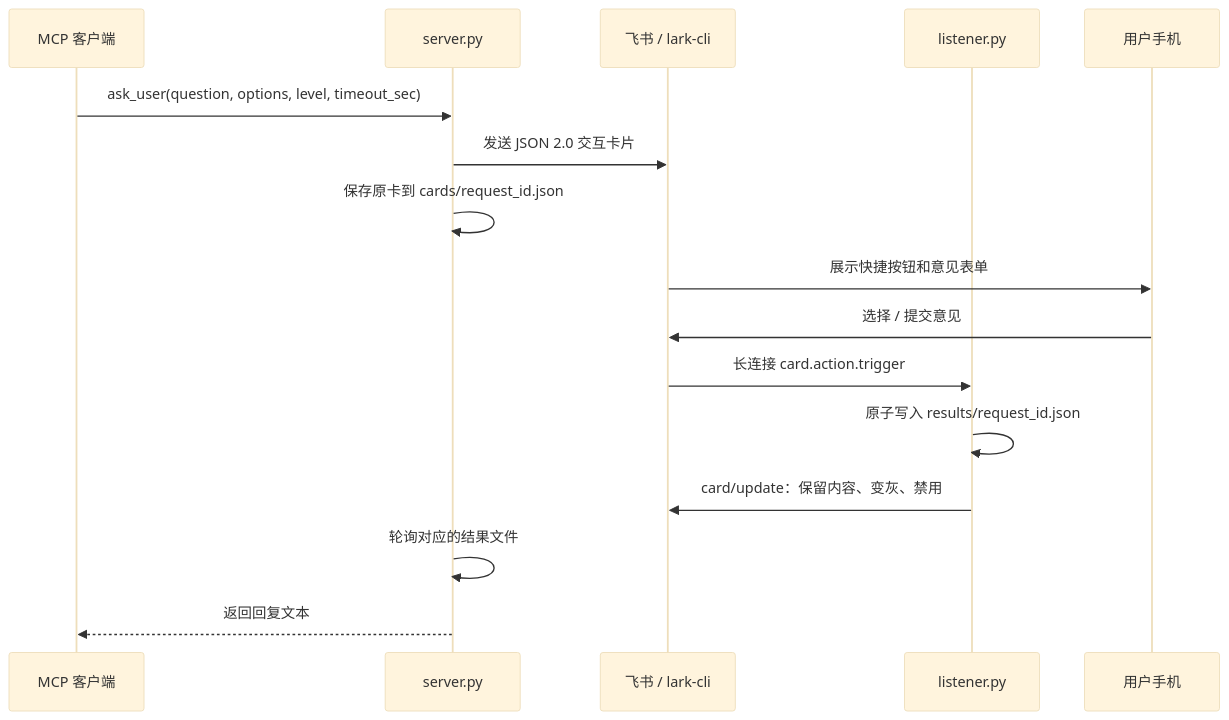
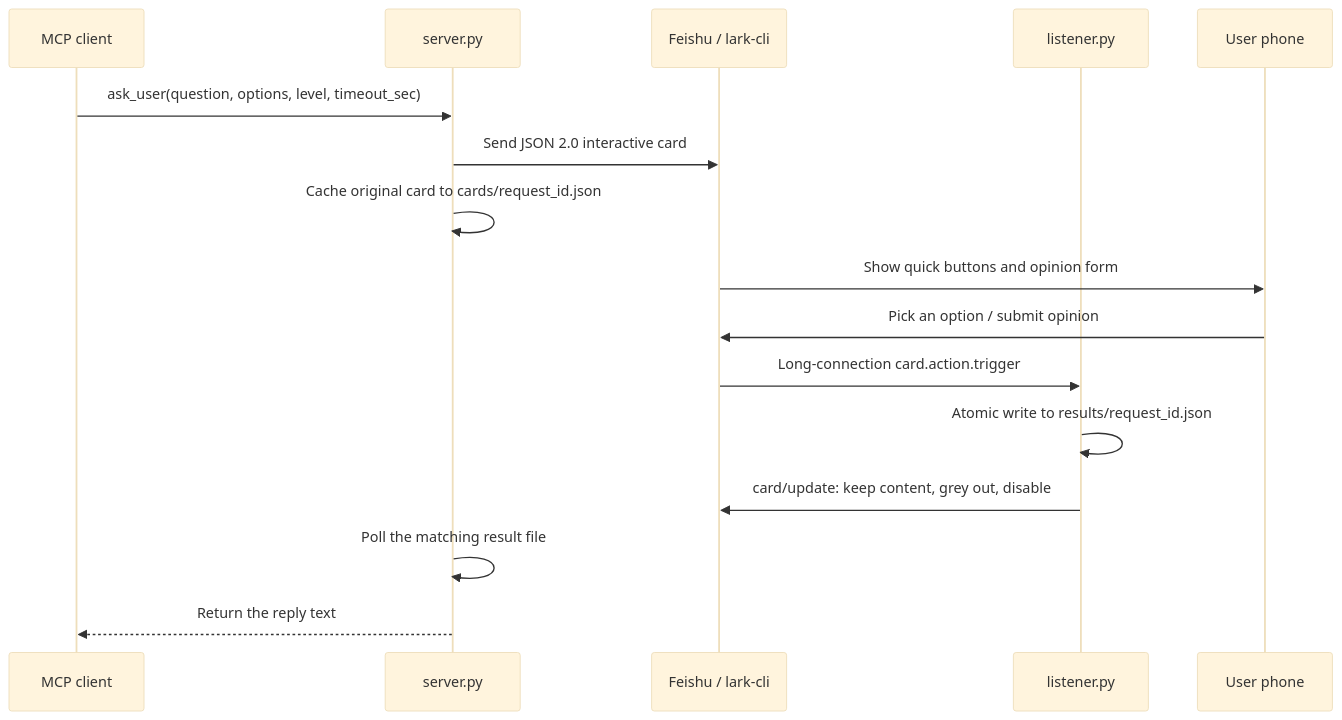
Before and after one commit to myworld998/desktop-feishu-mcp: the diagram in README.md, drawn with Mermaid (base theme). The commit also changed other lines of this file and 2 other files, not shown here.

````diff
--- a/README.md
+++ b/README.md
@@ -7,18 +9,18 @@
 ```mermaid
 sequenceDiagram
-    participant C as MCP 客户端
+    participant C as MCP client
     participant S as server.py
-    participant F as 飞书 / lark-cli
+    participant F as Feishu / lark-cli
     participant L as listener.py
-    participant U as 用户手机
+    participant U as User phone
     C->>S: ask_user(question, options, level, timeout_sec)
-    S->>F: 发送 JSON 2.0 交互卡片
-    S->>S: 保存原卡到 cards/request_id.json
-    F->>U: 展示快捷按钮和意见表单
-    U->>F: 选择 / 提交意见
-    F->>L: 长连接 card.action.trigger
-    L->>L: 原子写入 results/request_id.json
-    L->>F: card/update：保留内容、变灰、禁用
-    S->>S: 轮询对应的结果文件
-    S-->>C: 返回回复文本
+    S->>F: Send JSON 2.0 interactive card
+    S->>S: Cache original card to cards/request_id.json
+    F->>U: Show quick buttons and opinion form
+    U->>F: Pick an option / submit opinion
+    F->>L: Long-connection card.action.trigger
+    L->>L: Atomic write to results/request_id.json
+    L->>F: card/update: keep content, grey out, disable
+    S->>S: Poll the matching result file
+    S-->>C: Return the reply text
 ```
````
